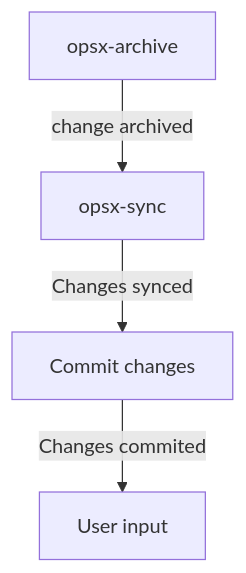
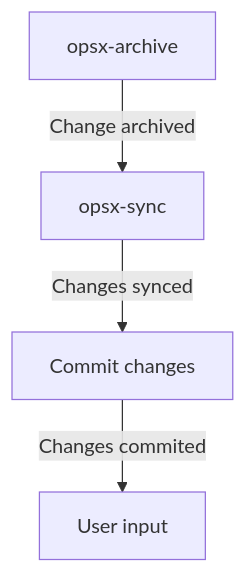
The fifth of 7 diagrams in .opencode/agents/openspec.md (aserowy/yeet), drawn with Mermaid before and after one commit. The commit also changed other lines of this file, not shown here.

Commit message:
openspec: archive and sync on ff

````diff
--- a/.opencode/agents/openspec.md
+++ b/.opencode/agents/openspec.md
@@ -93,6 +96,6 @@
 ```mermaid
 flowchart TD
-    A[opsx-archive] -->|change archived| B[opsx-sync]
+    A[opsx-archive] -->|Change archived| B[opsx-sync]
     B -->|Changes synced| C[Commit changes]
     C -->|Changes commited| D[User input]
 ```
````
